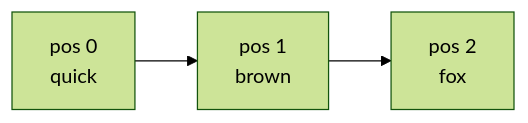
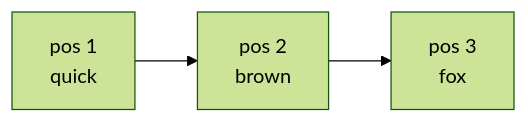
One commit to serenedb/serenedb changed the second of 2 diagrams in docs/sql/indexes/inverted/text-analysis.md. Above: the diagram before and after it, drawn with Mermaid (forest theme). The commit also changed other lines of this file and 173 other files, not shown here.

````diff
--- a/docs/sql/indexes/inverted/text-analysis.md
+++ b/docs/sql/indexes/inverted/text-analysis.md
@@ -98,4 +98,4 @@
 ```mermaid
 flowchart LR
-    p0["pos 0<br/>quick"] --> p1["pos 1<br/>brown"] --> p2["pos 2<br/>fox"]
+    p0["pos 1<br/>quick"] --> p1["pos 2<br/>brown"] --> p2["pos 3<br/>fox"]
 ```
````
